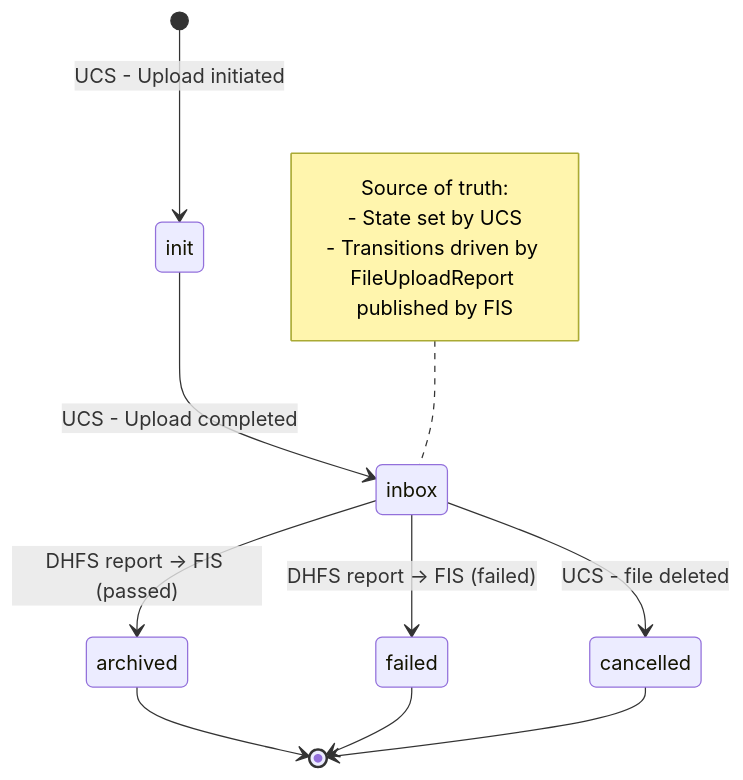
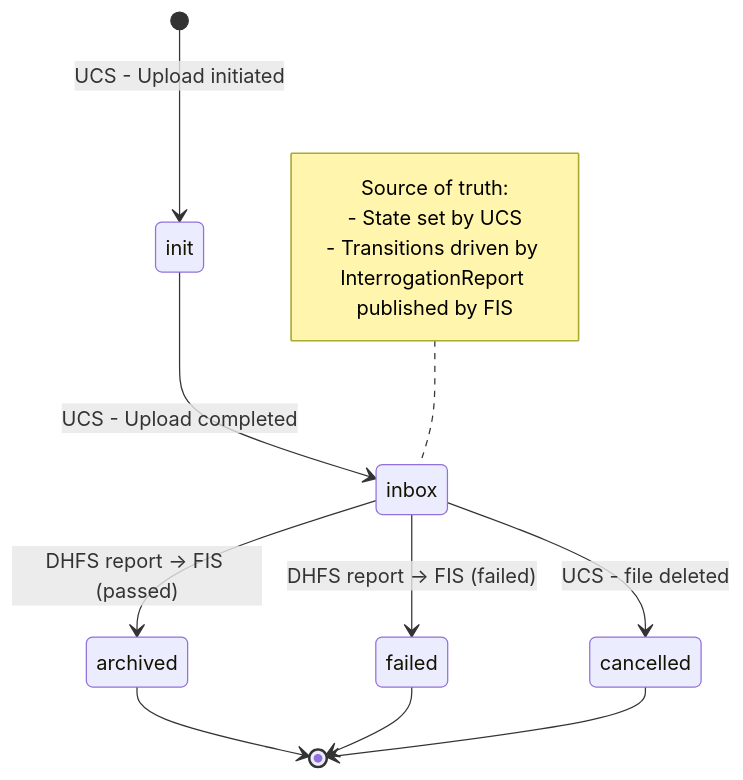
The third of 3 diagrams in 84-sarcastic-fringehead/technical_specification.md (ghga-de/epic-docs), drawn with Mermaid before and after one commit. The commit also changed other lines of this file and 1 other file, not shown here.

````diff
--- a/84-sarcastic-fringehead/technical_specification.md
+++ b/84-sarcastic-fringehead/technical_specification.md
@@ -457,17 +626,17 @@
 ```mermaid
 stateDiagram-v2
     [*] --> init: UCS - Upload initiated
     init --> inbox: UCS - Upload completed
     inbox --> archived: DHFS report -> FIS (passed)
     inbox --> failed: DHFS report -> FIS (failed)
     inbox --> cancelled: UCS - file deleted
     archived --> [*]
     failed --> [*]
     cancelled --> [*]
 
     note left of inbox
       Source of truth:
       - State set by UCS
-      - Transitions driven by FileUploadReport published by FIS
+      - Transitions driven by InterrogationReport published by FIS
     end note
 ```
````
